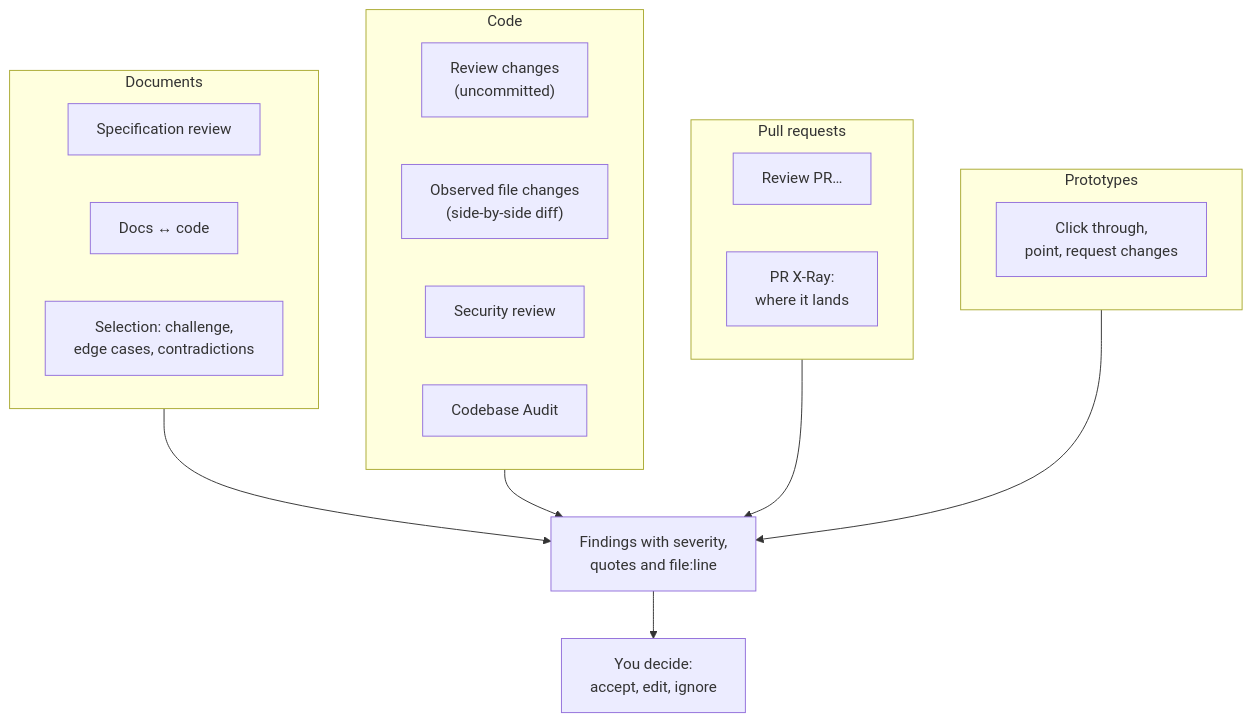
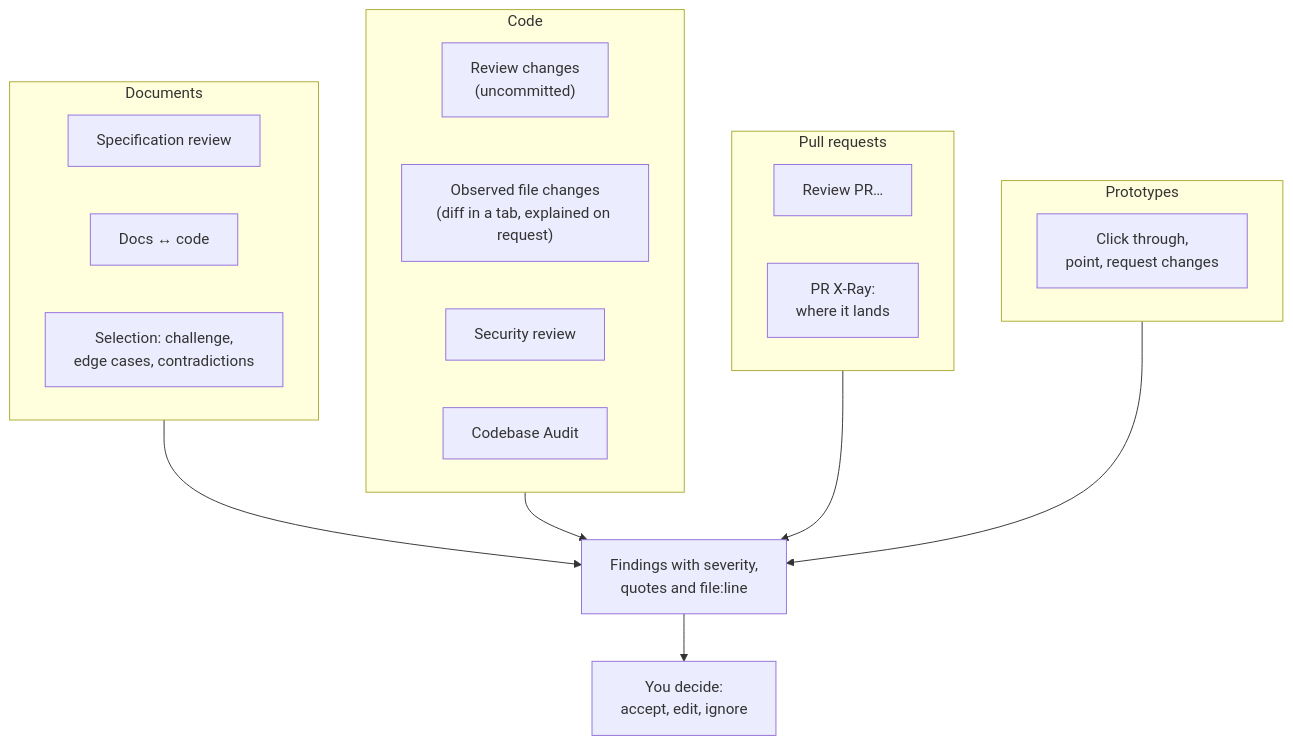
Before and after one commit to t-boris/MarkView: the fifth of 9 diagrams in README.md, drawn with Mermaid. The commit also changed other lines of this file and 16 other files, not shown here.

````diff
--- a/README.md
+++ b/README.md
@@ -364,26 +364,26 @@
 ```mermaid
 flowchart TB
     subgraph Docs["Documents"]
         D1["Specification review"]
         D2["Docs ↔ code"]
         D3["Selection: challenge,<br/>edge cases, contradictions"]
     end
     subgraph Code["Code"]
         C1["Review changes<br/>(uncommitted)"]
-        C2["Observed file changes<br/>(side-by-side diff)"]
+        C2["Observed file changes<br/>(diff in a tab, explained on request)"]
         C3["Security review"]
         C4["Codebase Audit"]
     end
     subgraph PR["Pull requests"]
         P1["Review PR…"]
         P2["PR X-Ray:<br/>where it lands"]
     end
     subgraph Proto["Prototypes"]
         R1["Click through,<br/>point, request changes"]
     end
     Docs --> F["Findings with severity,<br/>quotes and file:line"]
     Code --> F
     PR --> F
     Proto --> F
     F --> A["You decide:<br/>accept, edit, ignore"]
 ```
````
